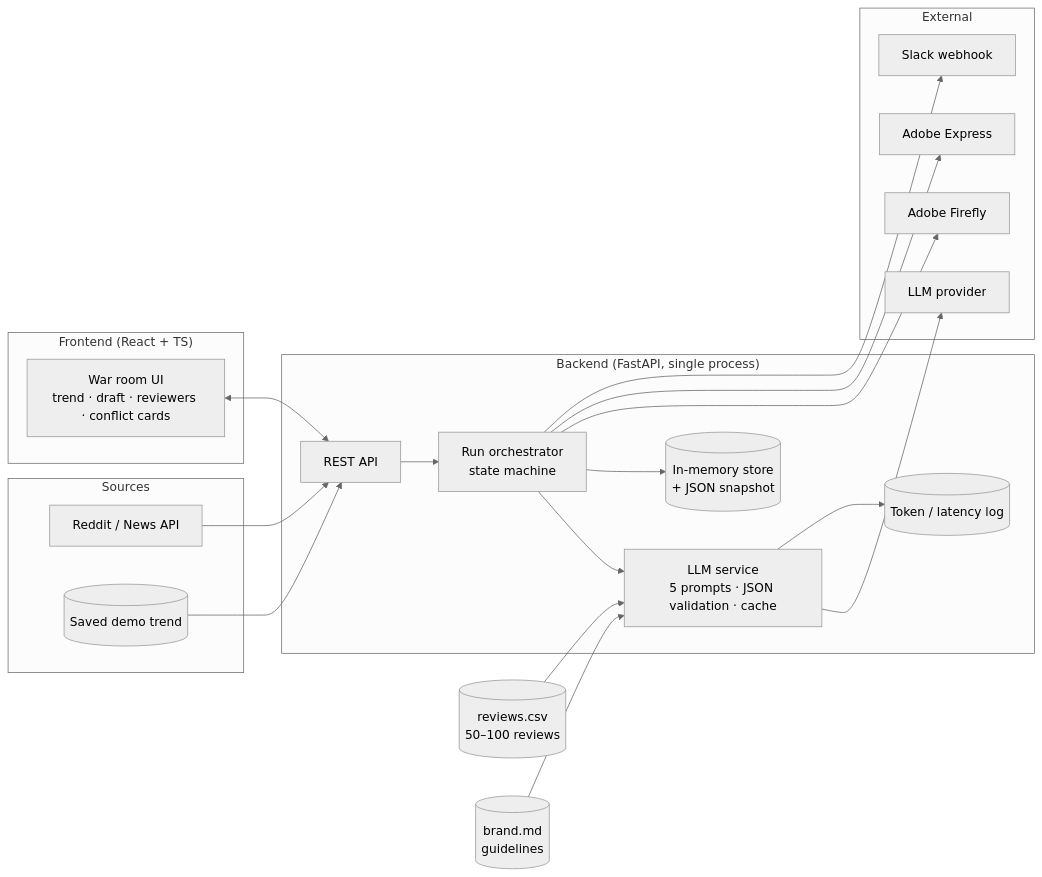
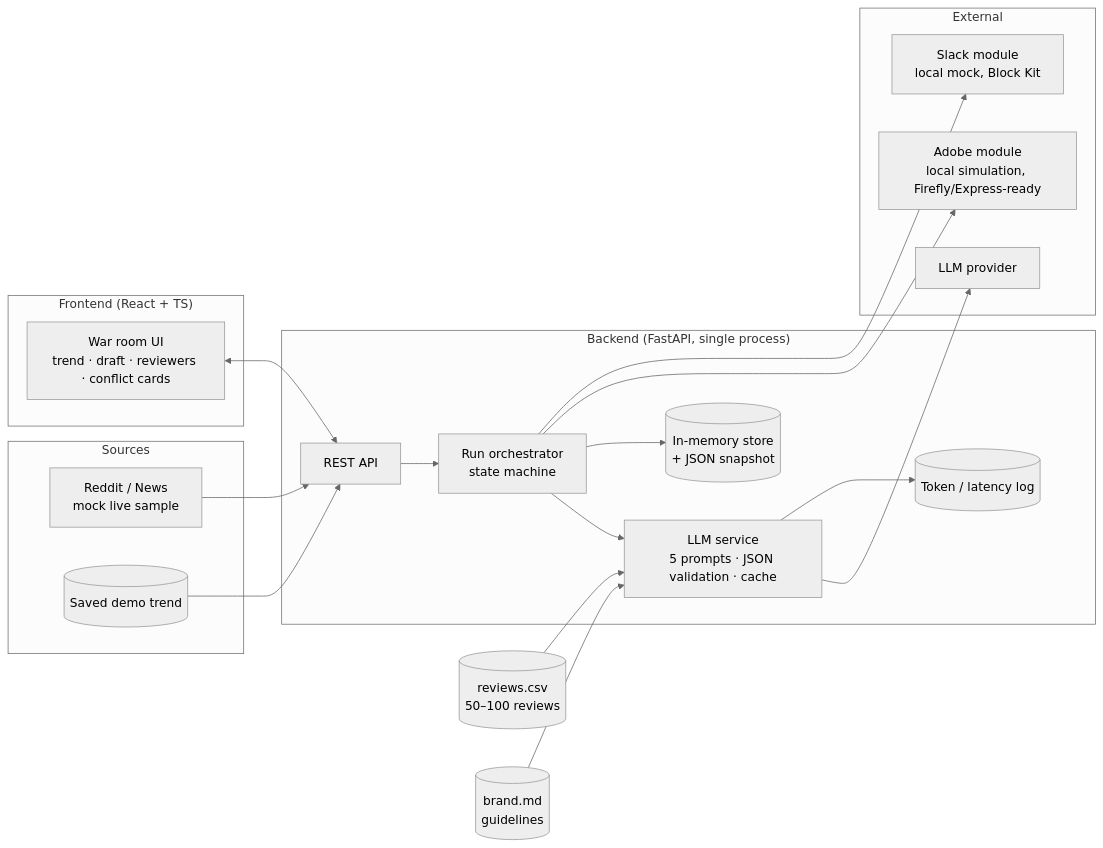
The first of 3 diagrams in ARCHITECTURE.md (stefan04com/AIdePLM), drawn with Mermaid (neutral theme) before and after one commit. The commit also changed other lines of this file and 4 other files, not shown here.

Commit message:
docs: Adobe, Slack and trends are local simulations, Adobe-integration-ready

````diff
--- a/ARCHITECTURE.md
+++ b/ARCHITECTURE.md
@@ -27,43 +27,41 @@
 ```mermaid
 flowchart LR
     subgraph Sources
-        R[Reddit / News API]
+        R["Reddit / News<br/>mock live sample"]
         S[(Saved demo trend)]
     end
 
     subgraph Frontend["Frontend (React + TS)"]
         UI[War room UI<br/>trend · draft · reviewers · conflict cards]
     end
 
     subgraph Backend["Backend (FastAPI, single process)"]
         API[REST API]
         ORCH[Run orchestrator<br/>state machine]
         LLM[LLM service<br/>5 prompts · JSON validation · cache]
         STORE[(In-memory store<br/>+ JSON snapshot)]
         LOG[(Token / latency log)]
     end
 
     subgraph External
         MODEL[LLM provider]
-        FF[Adobe Firefly]
-        EX[Adobe Express]
-        SL[Slack webhook]
+        AD["Adobe module<br/>local simulation, Firefly/Express-ready"]
+        SL["Slack module<br/>local mock, Block Kit"]
     end
 
     CSV[(reviews.csv<br/>50–100 reviews)]
     BRAND[(brand.md<br/>guidelines)]
 
     R --> API
     S --> API
     UI <--> API
     API --> ORCH
     ORCH --> LLM
     LLM --> MODEL
     LLM --> LOG
     ORCH --> STORE
-    ORCH --> FF
-    ORCH --> EX
+    ORCH --> AD
     ORCH --> SL
     CSV --> LLM
     BRAND --> LLM
 ```
````
